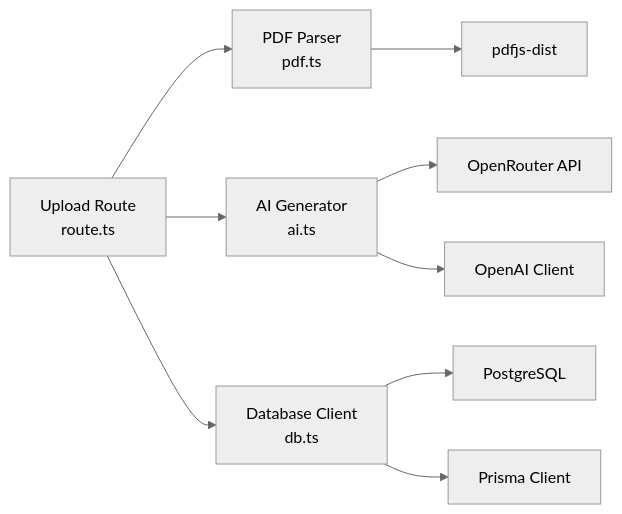
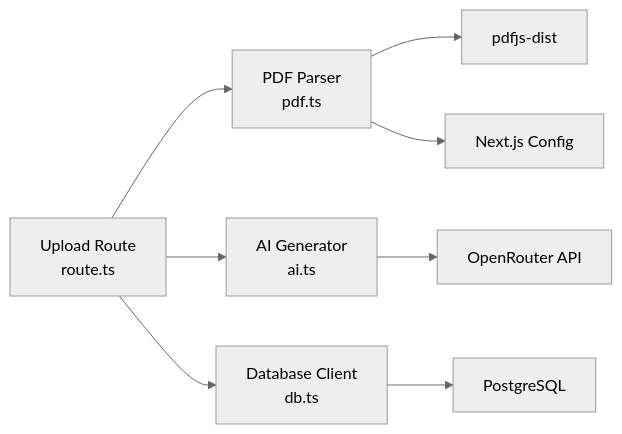
One commit to nitish-niraj/cumathassignment changed the fourth of 4 diagrams in .qoder/repowiki/en/content/Core Features/PDF Upload and Processing.md. Above: the diagram before and after it, drawn with Mermaid (neutral theme). The commit also changed other lines of this file and 11 other files, not shown here.

````diff
--- a/.qoder/repowiki/en/content/Core Features/PDF Upload and Processing.md
+++ b/.qoder/repowiki/en/content/Core Features/PDF Upload and Processing.md
@@ -323,11 +334,11 @@
 ```mermaid
 graph LR
 API["Upload Route<br/>route.ts"] --> PDF["PDF Parser<br/>pdf.ts"]
 API --> AI["AI Generator<br/>ai.ts"]
 API --> DB["Database Client<br/>db.ts"]
 AI --> OR["OpenRouter API"]
 DB --> PG["PostgreSQL"]
 PDF --> PP["pdfjs-dist"]
-AI --> OA["OpenAI Client"]
-DB --> PR["Prisma Client"]
+NEXT["Next.js Config"]
+PDF --> NEXT
 ```
````
